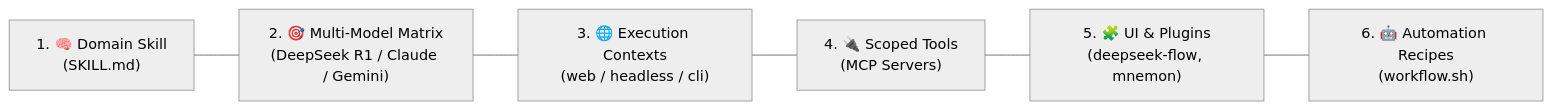
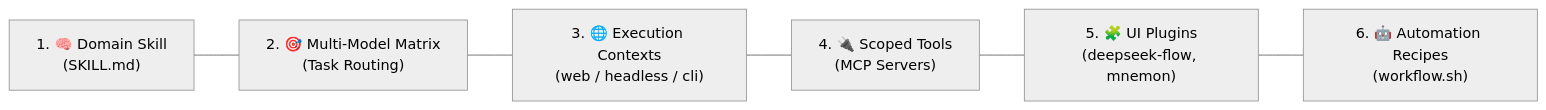
One commit to hdjebar/DSH-DDS changed the second of 2 diagrams in docs/research-notes-ai-personas.md. Above: the diagram before and after it, drawn with Mermaid (neutral theme). The commit also changed other lines of this file and 20 other files, not shown here.

Commit message:
fix(docs): fix sdmx-expert manifest, add normative persona schema, trust boundaries, rigorous citations, and unify 6-layer architecture

````diff
--- a/docs/research-notes-ai-personas.md
+++ b/docs/research-notes-ai-personas.md
@@ -76,8 +86,8 @@
 ```mermaid
 flowchart LR
-    SKILL["1. 🧠 Domain Skill\n(SKILL.md)"] --- MODELS["2. 🎯 Multi-Model Matrix\n(DeepSeek R1 / Claude / Gemini)"]
-    MODELS --- PROFILES["3. 🌐 Execution Contexts\n(web / headless / cli)"]
-    PROFILES --- MCPS["4. 🔌 Scoped Tools\n(MCP Servers)"]
-    MCPS --- PLUGS["5. 🧩 UI & Plugins\n(deepseek-flow, mnemon)"]
-    PLUGS --- WORKFLOWS["6. 🤖 Automation Recipes\n(workflow.sh)"]
+    SKILL["1. 🧠 Domain Skill<br/>(SKILL.md)"] --- MODELS["2. 🎯 Multi-Model Matrix<br/>(Task Routing)"]
+    MODELS --- PROFILES["3. 🌐 Execution Contexts<br/>(web / headless / cli)"]
+    PROFILES --- MCPS["4. 🔌 Scoped Tools<br/>(MCP Servers)"]
+    MCPS --- PLUGS["5. 🧩 UI Plugins<br/>(deepseek-flow, mnemon)"]
+    PLUGS --- WORKFLOWS["6. 🤖 Automation Recipes<br/>(workflow.sh)"]
 ```
````
